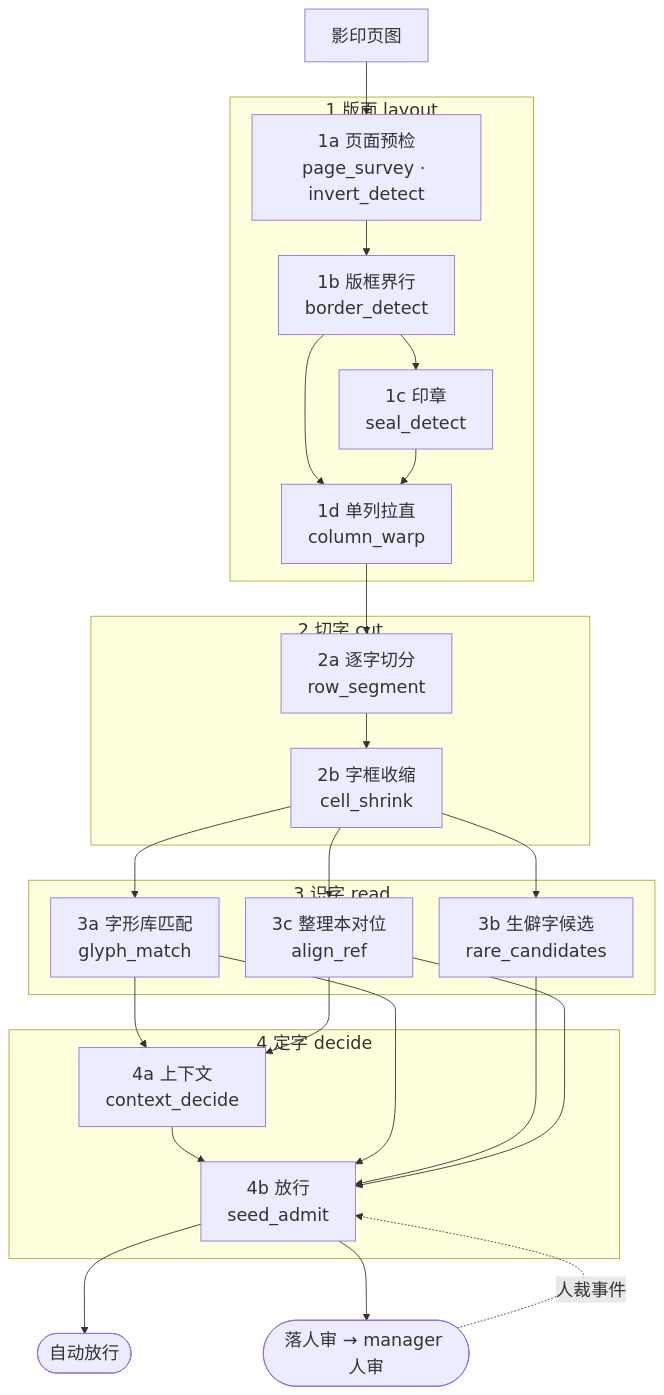
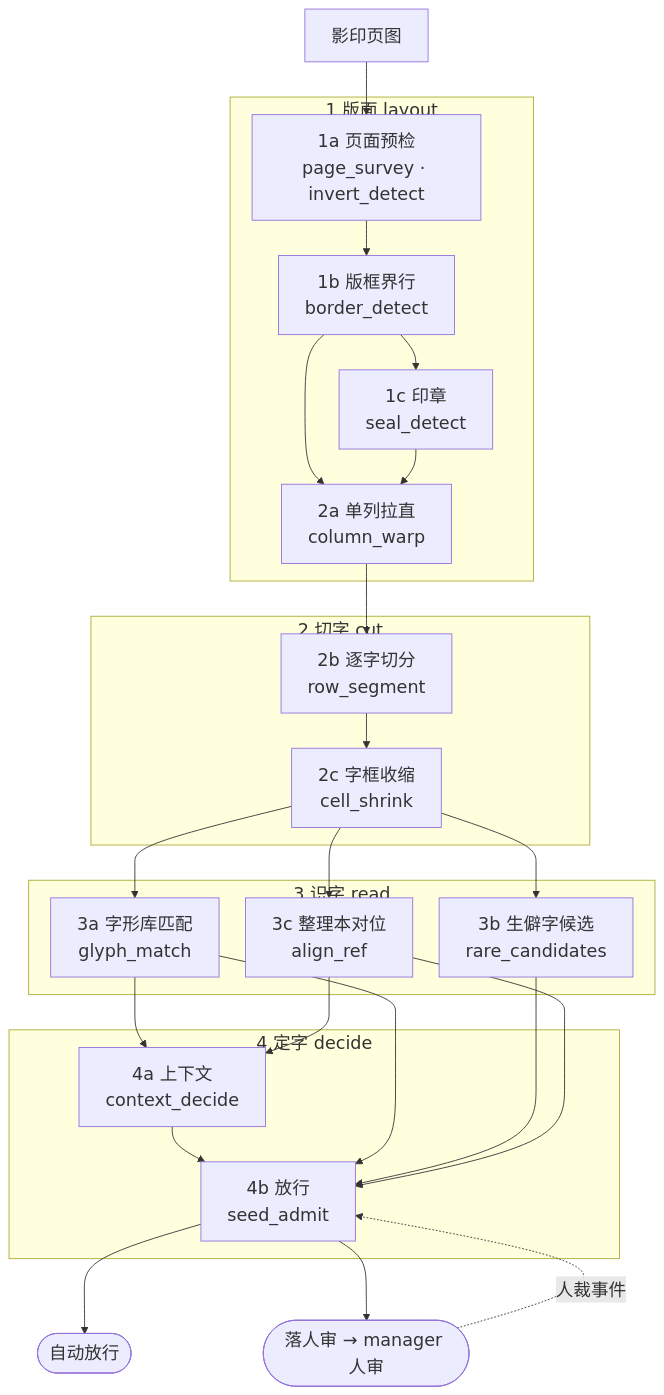
Before and after one commit to open-guji/open-guji-cv: the diagram in wiki/管线全景.md, drawn with Mermaid. The commit also changed other lines of this file and 19 other files, not shown here.

````diff
--- a/wiki/管线全景.md
+++ b/wiki/管线全景.md
@@ -18,31 +18,31 @@
 ```mermaid
 %%{init: {"themeVariables": {"fontSize": "20px"}, "flowchart": {"nodeSpacing": 30, "rankSpacing": 40}}}%%
 flowchart TD
   raw[影印页图]
   subgraph L["1 版面 layout"]
     s0["1a 页面预检<br/>page_survey · invert_detect"] --> s1["1b 版框界行<br/>border_detect"]
     s1 --> seal["1c 印章<br/>seal_detect"]
-    s1 --> s2["1d 单列拉直<br/>column_warp"]
+    s1 --> s2["2a 单列拉直<br/>column_warp"]
     seal --> s2
   end
   subgraph C["2 切字 cut"]
-    s3["2a 逐字切分<br/>row_segment"] --> s4["2b 字框收缩<br/>cell_shrink"]
+    s3["2b 逐字切分<br/>row_segment"] --> s4["2c 字框收缩<br/>cell_shrink"]
   end
   subgraph R["3 识字 read"]
     a["3a 字形库匹配<br/>glyph_match"]
     b["3b 生僻字候选<br/>rare_candidates"]
     d["3c 整理本对位<br/>align_ref"]
   end
   subgraph D["4 定字 decide"]
     s6["4a 上下文<br/>context_decide"] --> s7["4b 放行<br/>seed_admit"]
   end
   raw --> s0
   s2 --> s3
   s4 --> a & b & d
   a --> s6
   d --> s6
   a & b & d --> s7
   s7 --> auto([自动放行])
   s7 --> rev([落人审 → manager 人审])
   rev -. 人裁事件 .-> s7
 ```
````
